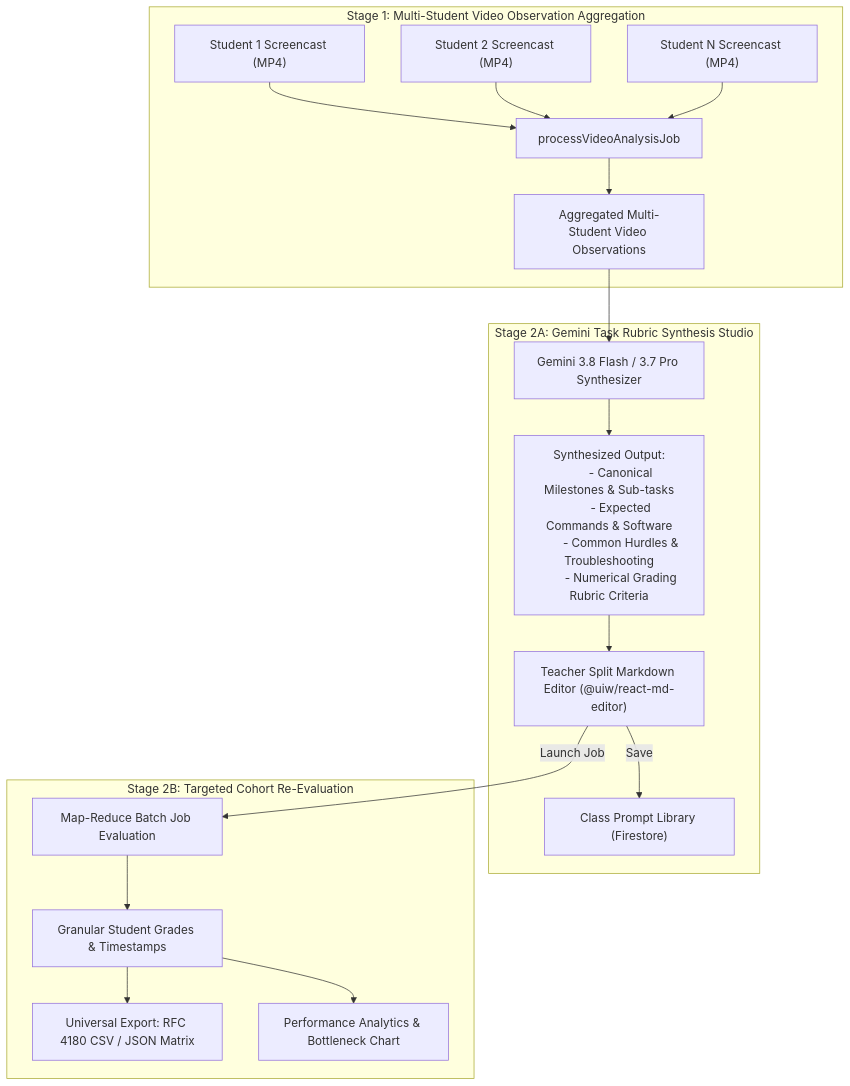
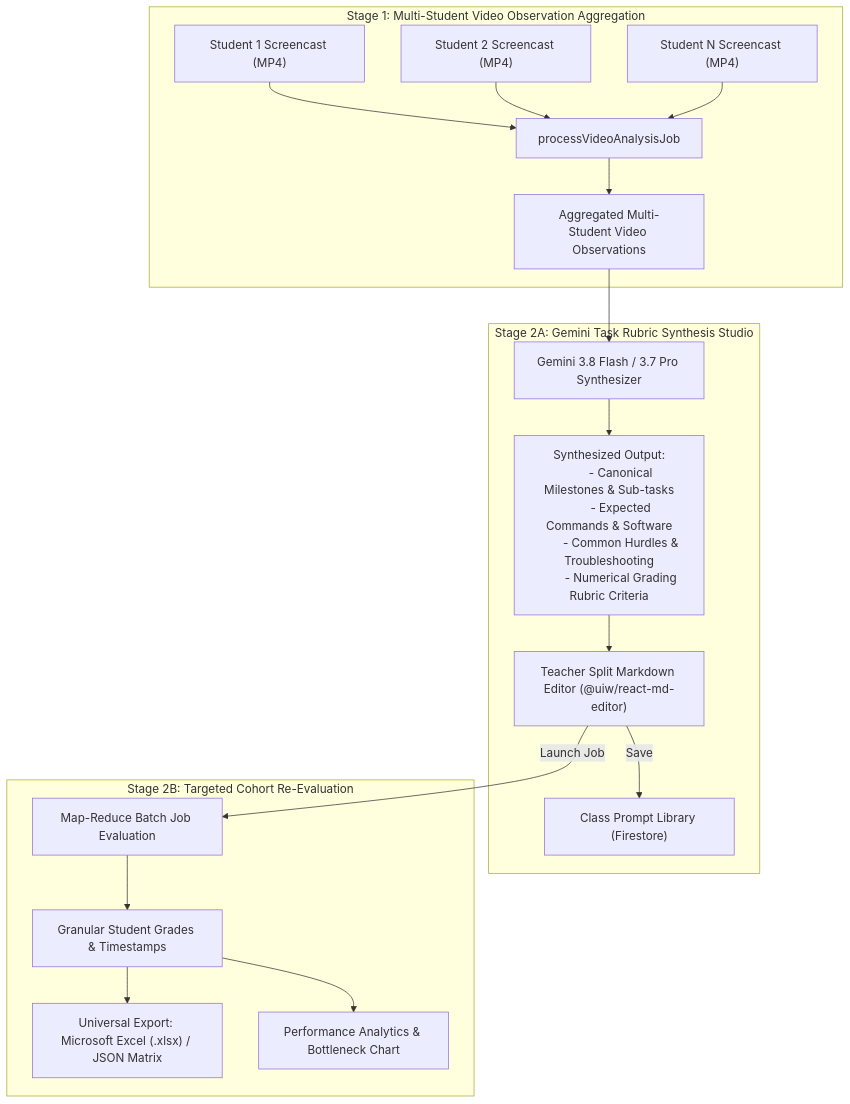
The fifth of 6 diagrams in docs/user-manual-teacher.md (wongcyrus/Google-AI-Classroom), drawn with Mermaid before and after one commit. The commit also changed other lines of this file and 5 other files, not shown here.

Commit message:
docs: update user manuals, architecture, and feature catalog for Excel migration and universal student profile enrichment

````diff
--- a/docs/user-manual-teacher.md
+++ b/docs/user-manual-teacher.md
@@ -573,27 +576,27 @@
 ```mermaid
 flowchart TD
     subgraph Stage1 ["Stage 1: Multi-Student Video Observation Aggregation"]
         V1["Student 1 Screencast (MP4)"] --> MAP["processVideoAnalysisJob"]
         V2["Student 2 Screencast (MP4)"] --> MAP
         V3["Student N Screencast (MP4)"] --> MAP
         MAP --> OBS["Aggregated Multi-Student Video Observations"]
     end
 
     subgraph Synthesis ["Stage 2A: Gemini Task Rubric Synthesis Studio"]
         OBS --> G38["Gemini 3.8 Flash / 3.7 Pro Synthesizer"]
         G38 --> SYN["Synthesized Output:
         - Canonical Milestones & Sub-tasks
         - Expected Commands & Software
         - Common Hurdles & Troubleshooting
         - Numerical Grading Rubric Criteria"]
         SYN --> EDIT["Teacher Split Markdown Editor (@uiw/react-md-editor)"]
         EDIT -->|Save| LIB["Class Prompt Library (Firestore)"]
     end
 
     subgraph BatchEval ["Stage 2B: Targeted Cohort Re-Evaluation"]
         EDIT -->|Launch Job| BATCH["Map-Reduce Batch Job Evaluation"]
         BATCH --> SCORES["Granular Student Grades & Timestamps"]
-        SCORES --> EXP["Universal Export: RFC 4180 CSV / JSON Matrix"]
+        SCORES --> EXP["Universal Export: Microsoft Excel (.xlsx) / JSON Matrix"]
         SCORES --> PERF["Performance Analytics & Bottleneck Chart"]
     end
 ```
````
